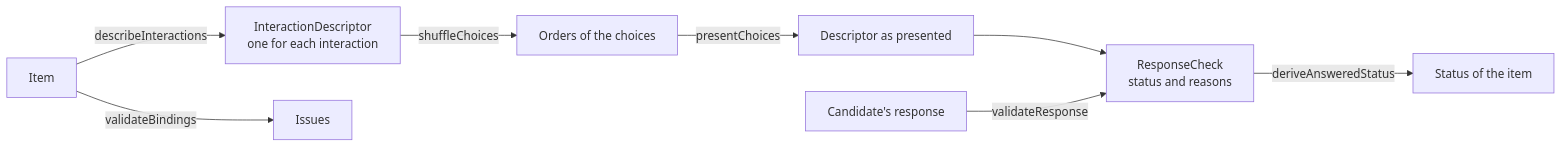
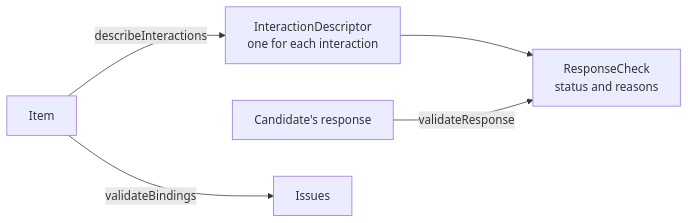
The diagram in docs/runtime/interactions.md (assesskit/assesskit), drawn with Mermaid before and after one commit. The commit also changed other lines of this file and 10 other files, not shown here.

````diff
--- a/docs/runtime/interactions.md
+++ b/docs/runtime/interactions.md
@@ -8,16 +9,11 @@
 ```mermaid
 flowchart LR
   item["Item"]
   descriptors["InteractionDescriptor<br/>one for each interaction"]
-  order["Orders of the choices"]
-  presented["Descriptor as presented"]
   response["Candidate's response"]
   check["ResponseCheck<br/>status and reasons"]
   item -- "describeInteractions" --> descriptors
   item -- "validateBindings" --> issues["Issues"]
-  descriptors -- "shuffleChoices" --> order
-  order -- "presentChoices" --> presented
-  presented --> check
+  descriptors --> check
   response -- "validateResponse" --> check
-  check -- "deriveAnsweredStatus" --> status["Status of the item"]
 ```
````
